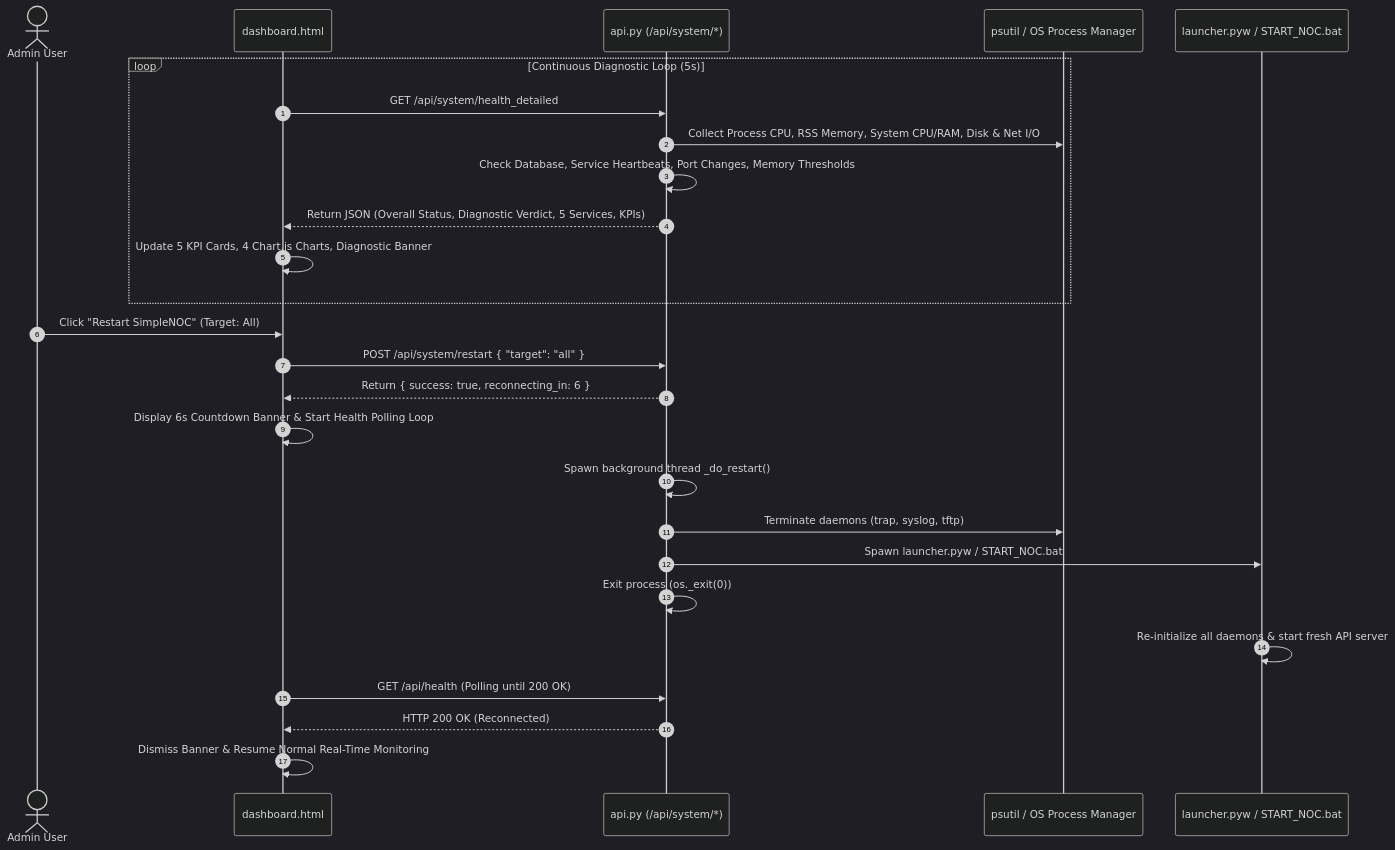
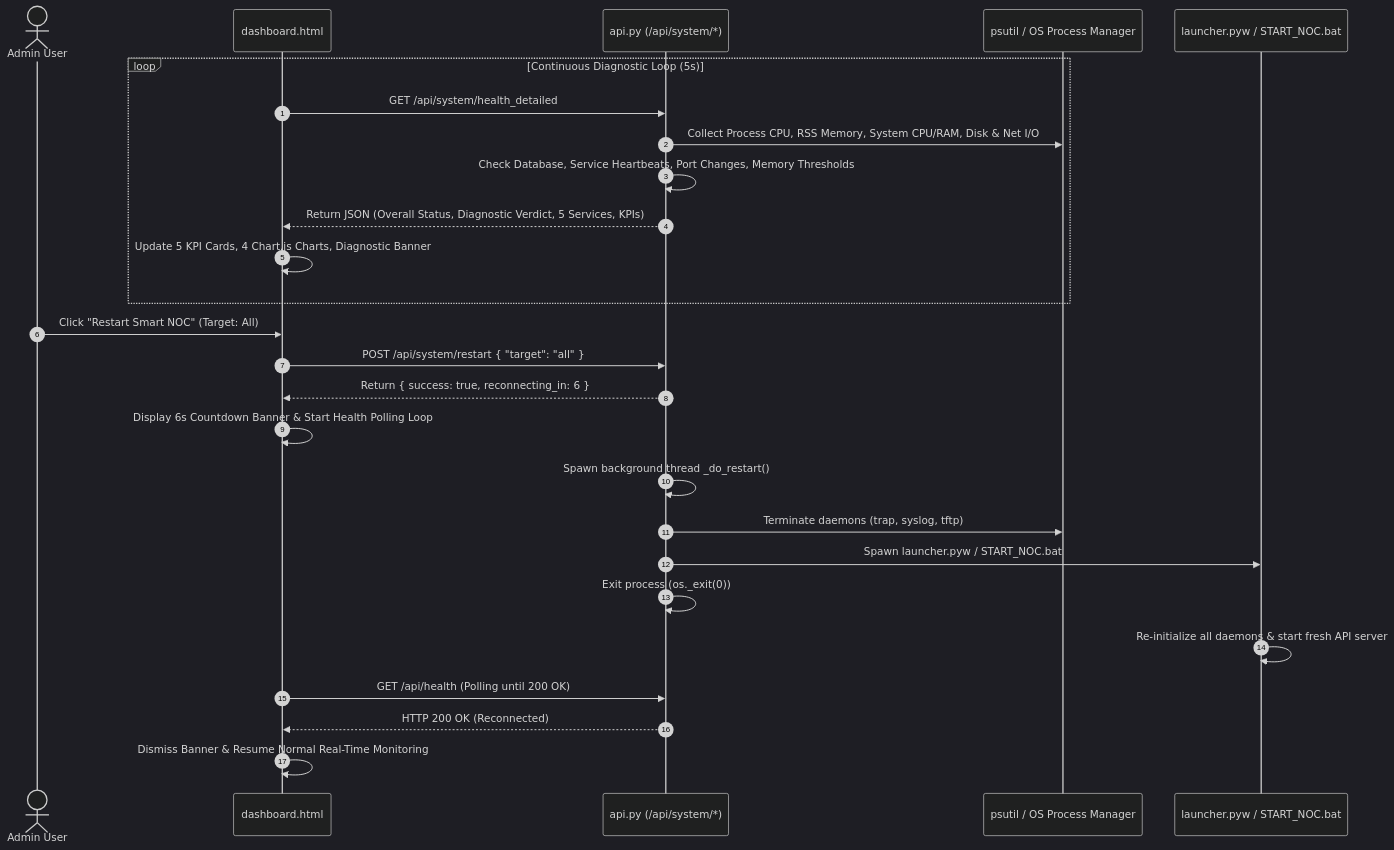
The third of 4 diagrams in software_architecture.md (Deaddemon001/SNOC), drawn with Mermaid (dark theme) before and after one commit. The commit also changed other lines of this file and 24 other files, not shown here.

````diff
--- a/software_architecture.md
+++ b/software_architecture.md
@@ -149,32 +149,32 @@
 ```mermaid
 sequenceDiagram
     autonumber
     actor Admin as Admin User
     participant DASH as dashboard.html
     participant API as api.py (/api/system/*)
     participant PS as psutil / OS Process Manager
     participant LAUNCHER as launcher.pyw / START_NOC.bat
 
     %% Health Polling
     loop Continuous Diagnostic Loop (5s)
         DASH->>API: GET /api/system/health_detailed
         API->>PS: Collect Process CPU, RSS Memory, System CPU/RAM, Disk & Net I/O
         API->>API: Check Database, Service Heartbeats, Port Changes, Memory Thresholds
         API-->>DASH: Return JSON (Overall Status, Diagnostic Verdict, 5 Services, KPIs)
         DASH->>DASH: Update 5 KPI Cards, 4 Chart.js Charts, Diagnostic Banner
     end
 
     %% In-App Restart Trigger
-    Admin->>DASH: Click "Restart SimpleNOC" (Target: All)
+    Admin->>DASH: Click "Restart Smart NOC" (Target: All)
     DASH->>API: POST /api/system/restart { "target": "all" }
     API-->>DASH: Return { success: true, reconnecting_in: 6 }
     DASH->>DASH: Display 6s Countdown Banner & Start Health Polling Loop
     API->>API: Spawn background thread _do_restart()
     API->>PS: Terminate daemons (trap, syslog, tftp)
     API->>LAUNCHER: Spawn launcher.pyw / START_NOC.bat
     API->>API: Exit process (os._exit(0))
     LAUNCHER->>LAUNCHER: Re-initialize all daemons & start fresh API server
     DASH->>API: GET /api/health (Polling until 200 OK)
     API-->>DASH: HTTP 200 OK (Reconnected)
     DASH->>DASH: Dismiss Banner & Resume Normal Real-Time Monitoring
 ```
````
